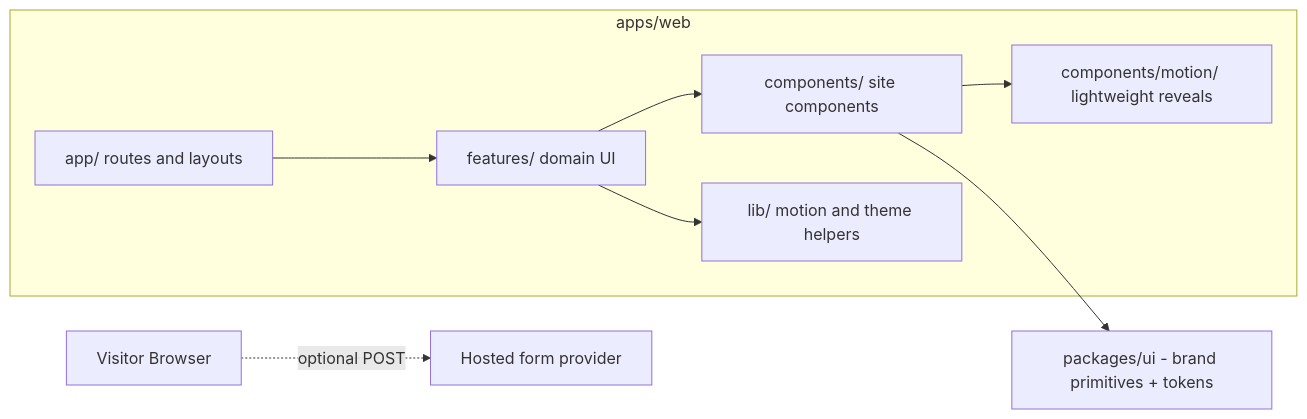
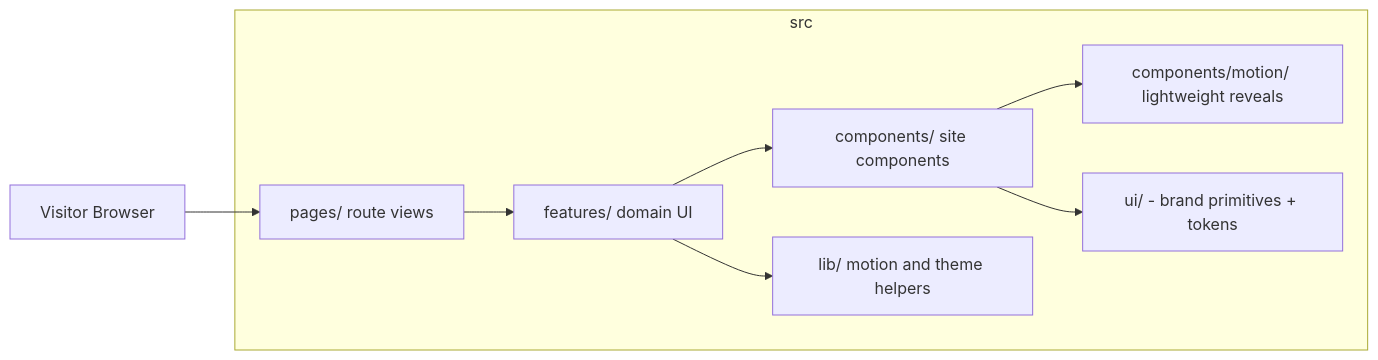
Before and after one commit to TahaSohail-Goat/ATS: the diagram in docs/architecture/frontend-architecture.md, drawn with Mermaid. The commit also changed other lines of this file and 17 other files, not shown here.

Commit message:
docs: update all documentation files to reflect Vite and React Router architecture

````diff
--- a/docs/architecture/frontend-architecture.md
+++ b/docs/architecture/frontend-architecture.md
@@ -5,11 +5,11 @@
 ```mermaid
 flowchart LR
-    subgraph apps/web
-        A[app/ routes and layouts] --> F[features/ domain UI]
+    subgraph src
+        A[pages/ route views] --> F[features/ domain UI]
         F --> C[components/ site components]
         C --> M[components/motion/ lightweight reveals]
         F --> L[lib/ motion and theme helpers]
+        C --> UI[ui/ - brand primitives + tokens]
     end
-    C --> UI[packages/ui - brand primitives + tokens]
-    Web[Visitor Browser] -. optional POST .-> Form[Hosted form provider]
+    Web[Visitor Browser] --> A
 ```
````
